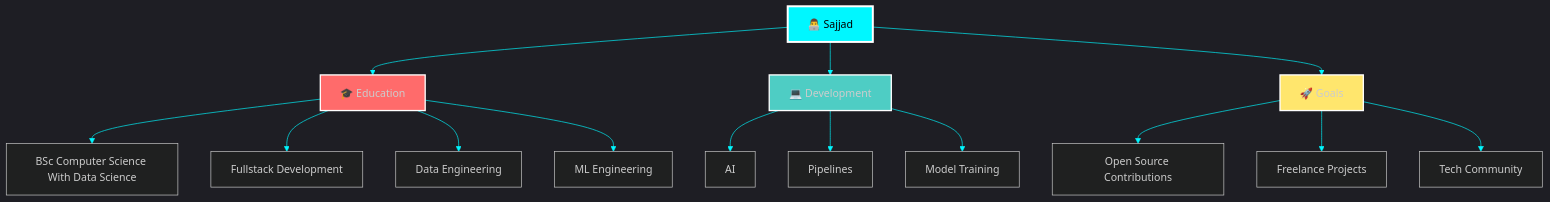
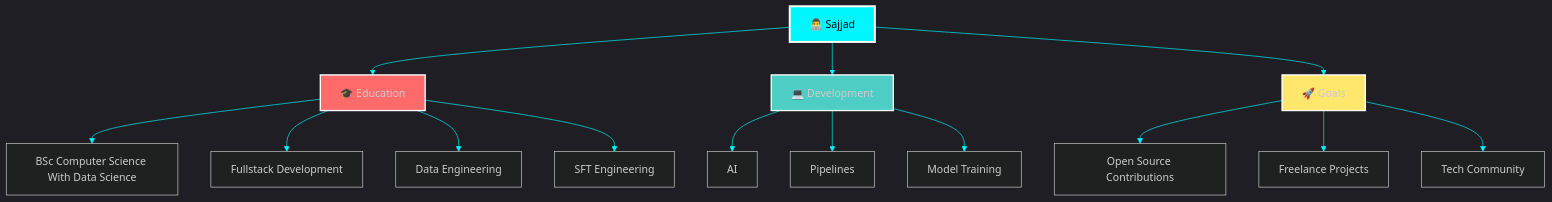
The diagram in README.md (MHD-SJD/MHD-SJD), drawn with Mermaid before and after one commit. The commit also changed other lines of this file, not shown here.

````diff
--- a/README.md
+++ b/README.md
@@ -37,26 +37,26 @@
 ```mermaid
 %%{init: {'theme':'dark', 'themeVariables': { 'primaryColor':'#00f7ff','primaryTextColor':'#fff','primaryBorderColor':'#00f7ff','lineColor':'#00f7ff','secondaryColor':'#006064','tertiaryColor':'#0D1117'}}}%%
 graph TB
     A[👨‍💻 Sajjad] --> B[🎓 Education]
     A --> C[💻 Development]
     A --> D[🚀 Goals]
     
     B --> B1[BSc Computer Science With Data Science]
     B --> B2[Fullstack Development]
     B --> B3[Data Engineering]
-    B --> B4[ML Engineering]
+    B --> B4[SFT Engineering]
     
     
     C --> C1[AI]
     C --> C2[Pipelines]
     C --> C3[Model Training]
     
     D --> D1[Open Source Contributions]
     D --> D2[Freelance Projects]
     D --> D3[Tech Community]
     
     style A fill:#00f7ff,stroke:#fff,stroke-width:3px,color:#000
     style B fill:#ff6b6b,stroke:#fff,stroke-width:2px
     style C fill:#4ecdc4,stroke:#fff,stroke-width:2px
     style D fill:#ffe66d,stroke:#fff,stroke-width:2px
 ```
````
